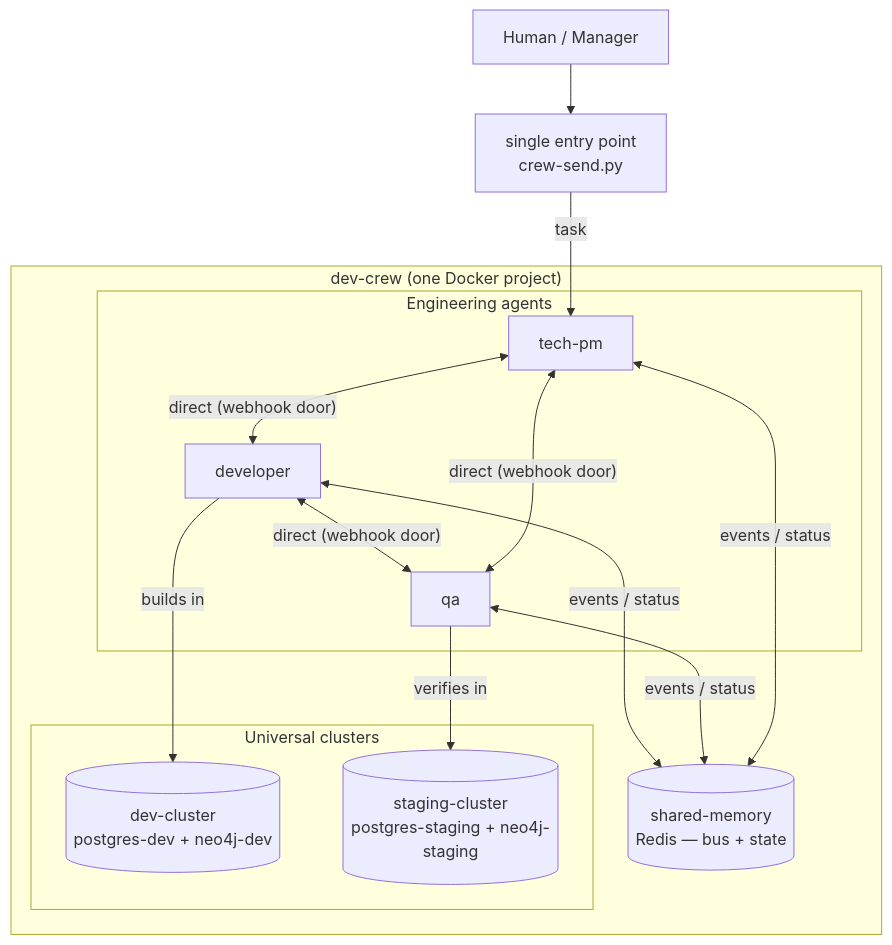
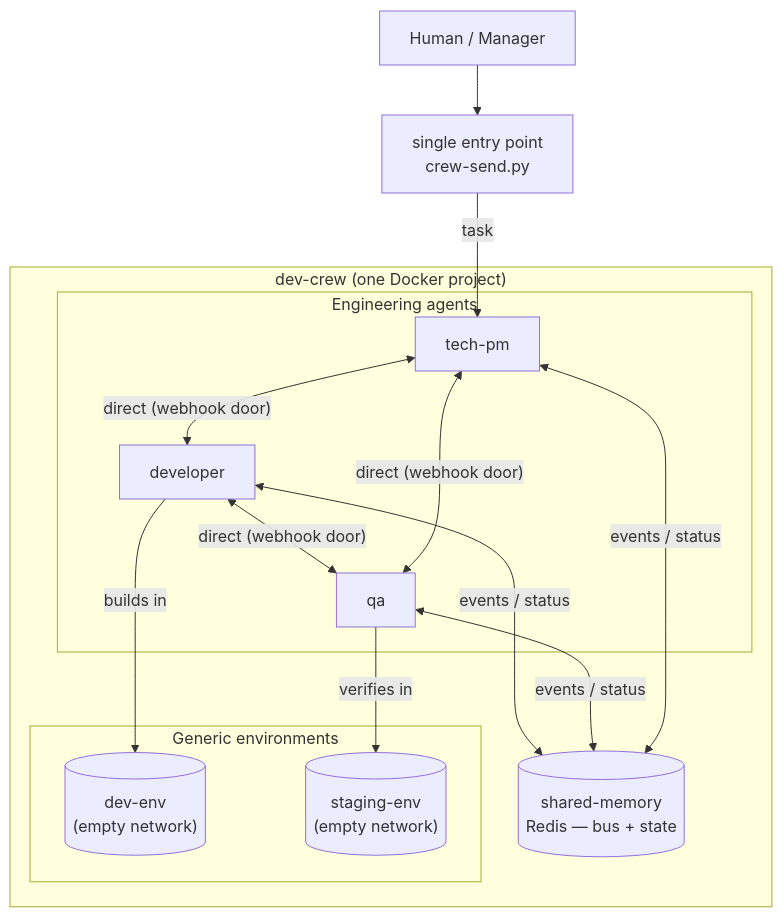
One commit to camorazrushimoe/dev-crew changed the diagram in docs/architecture.md. Above: the diagram before and after it, drawn with Mermaid. The commit also changed other lines of this file and 7 other files, not shown here.

First line of the commit message:
feat(factory): generic environments — empty dev/staging networks + project compose (#6)

````diff
--- a/docs/architecture.md
+++ b/docs/architecture.md
@@ -10,30 +10,30 @@
 ```mermaid
 flowchart TB
     M["Human / Manager"] --> E["single entry point<br/>crew-send.py"]
 
     subgraph Team["dev-crew (one Docker project)"]
         subgraph Agents["Engineering agents"]
             D["developer"]
             Q["qa"]
             T["tech-pm"]
         end
         B[("shared-memory<br/>Redis — bus + state")]
-        subgraph Clusters["Universal clusters"]
-            DC[("dev-cluster<br/>postgres-dev + neo4j-dev")]
-            SC[("staging-cluster<br/>postgres-staging + neo4j-staging")]
+        subgraph Envs["Generic environments"]
+            DE[("dev-env<br/>(empty network)")]
+            SE[("staging-env<br/>(empty network)")]
         end
     end
 
     E -->|"task"| T
 
     D <-->|"direct (webhook door)"| Q
     Q <-->|"direct (webhook door)"| T
     T <-->|"direct (webhook door)"| D
 
     D <-->|"events / status"| B
     Q <-->|"events / status"| B
     T <-->|"events / status"| B
 
-    D -->|"builds in"| DC
-    Q -->|"verifies in"| SC
+    D -->|"builds in"| DE
+    Q -->|"verifies in"| SE
 ```
````
